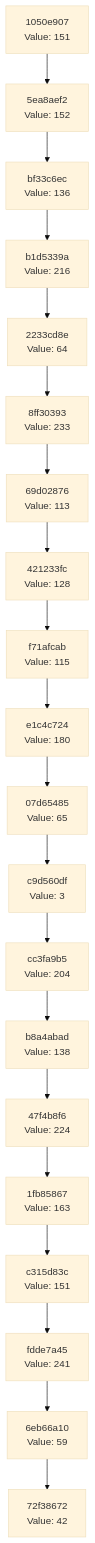
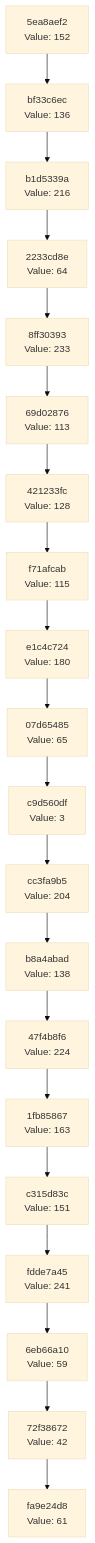
The diagram in docs/CHAIN_VISUALIZATION.md (Abhisheksinha1506/hash-chain-evolver), drawn with Mermaid (base theme) before and after one commit. The commit also changed 2 other files, not shown here.

Commit message:
Evolution Step

````diff
--- a/docs/CHAIN_VISUALIZATION.md
+++ b/docs/CHAIN_VISUALIZATION.md
@@ -3,42 +3,42 @@
 ```mermaid
 graph TD
-    C0["72f38672<br/>Value: 42"]
-    C1["6eb66a10<br/>Value: 59"]
+    C0["fa9e24d8<br/>Value: 61"]
+    C1["72f38672<br/>Value: 42"]
     C1 --> C0
-    C2["fdde7a45<br/>Value: 241"]
+    C2["6eb66a10<br/>Value: 59"]
     C2 --> C1
-    C3["c315d83c<br/>Value: 151"]
+    C3["fdde7a45<br/>Value: 241"]
     C3 --> C2
-    C4["1fb85867<br/>Value: 163"]
+    C4["c315d83c<br/>Value: 151"]
     C4 --> C3
-    C5["47f4b8f6<br/>Value: 224"]
+    C5["1fb85867<br/>Value: 163"]
     C5 --> C4
-    C6["b8a4abad<br/>Value: 138"]
+    C6["47f4b8f6<br/>Value: 224"]
     C6 --> C5
-    C7["cc3fa9b5<br/>Value: 204"]
+    C7["b8a4abad<br/>Value: 138"]
     C7 --> C6
-    C8["c9d560df<br/>Value: 3"]
+    C8["cc3fa9b5<br/>Value: 204"]
     C8 --> C7
-    C9["07d65485<br/>Value: 65"]
+    C9["c9d560df<br/>Value: 3"]
     C9 --> C8
-    C10["e1c4c724<br/>Value: 180"]
+    C10["07d65485<br/>Value: 65"]
     C10 --> C9
-    C11["f71afcab<br/>Value: 115"]
+    C11["e1c4c724<br/>Value: 180"]
     C11 --> C10
-    C12["421233fc<br/>Value: 128"]
+    C12["f71afcab<br/>Value: 115"]
     C12 --> C11
-    C13["69d02876<br/>Value: 113"]
+    C13["421233fc<br/>Value: 128"]
     C13 --> C12
-    C14["8ff30393<br/>Value: 233"]
+    C14["69d02876<br/>Value: 113"]
     C14 --> C13
-    C15["2233cd8e<br/>Value: 64"]
+    C15["8ff30393<br/>Value: 233"]
     C15 --> C14
-    C16["b1d5339a<br/>Value: 216"]
+    C16["2233cd8e<br/>Value: 64"]
     C16 --> C15
-    C17["bf33c6ec<br/>Value: 136"]
+    C17["b1d5339a<br/>Value: 216"]
     C17 --> C16
-    C18["5ea8aef2<br/>Value: 152"]
+    C18["bf33c6ec<br/>Value: 136"]
     C18 --> C17
-    C19["1050e907<br/>Value: 151"]
+    C19["5ea8aef2<br/>Value: 152"]
     C19 --> C18
 ```
````
